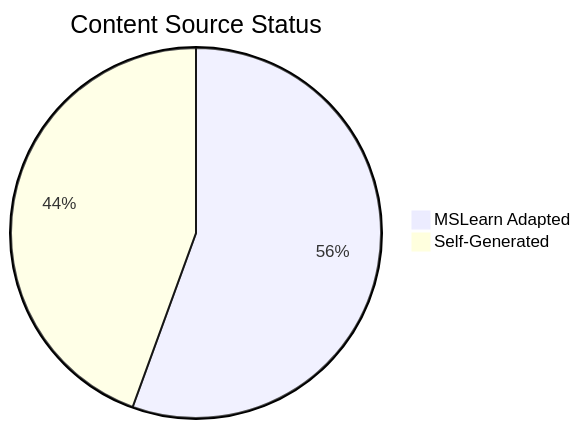
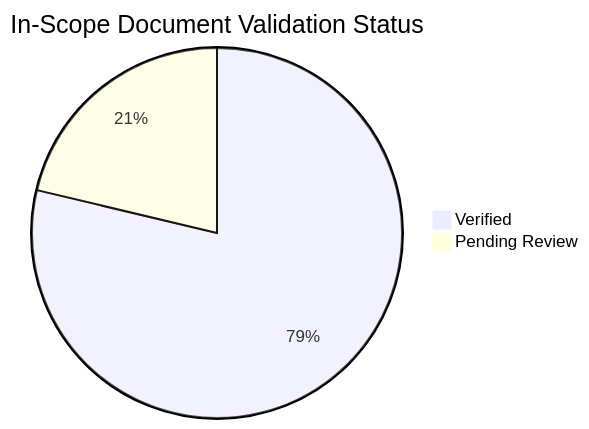
The diagram in docs/reference/content-validation-status.md (yeongseon/azure-virtual-machine-practical-guide), drawn with Mermaid before and after one commit. The commit also changed other lines of this file and 78 other files, not shown here.

Commit message:
docs: implement content_validation and tutorial validation metadata (#1, #2) (#50)

````diff
--- a/docs/reference/content-validation-status.md
+++ b/docs/reference/content-validation-status.md
@@ -35,5 +34,5 @@
 ```mermaid
-pie title Content Source Status
-    "MSLearn Adapted" : 50
-    "Self-Generated" : 40
+pie title In-Scope Document Validation Status
+    "Verified" : 37
+    "Pending Review" : 10
 ```
````
